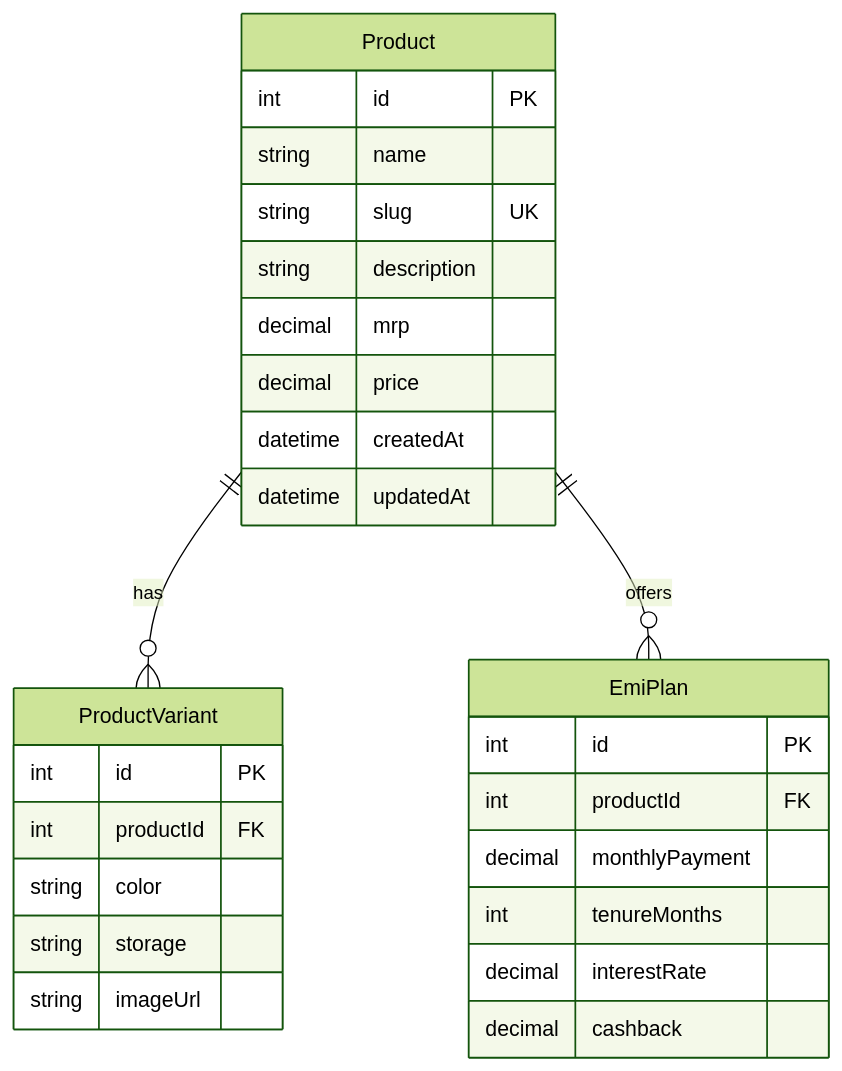
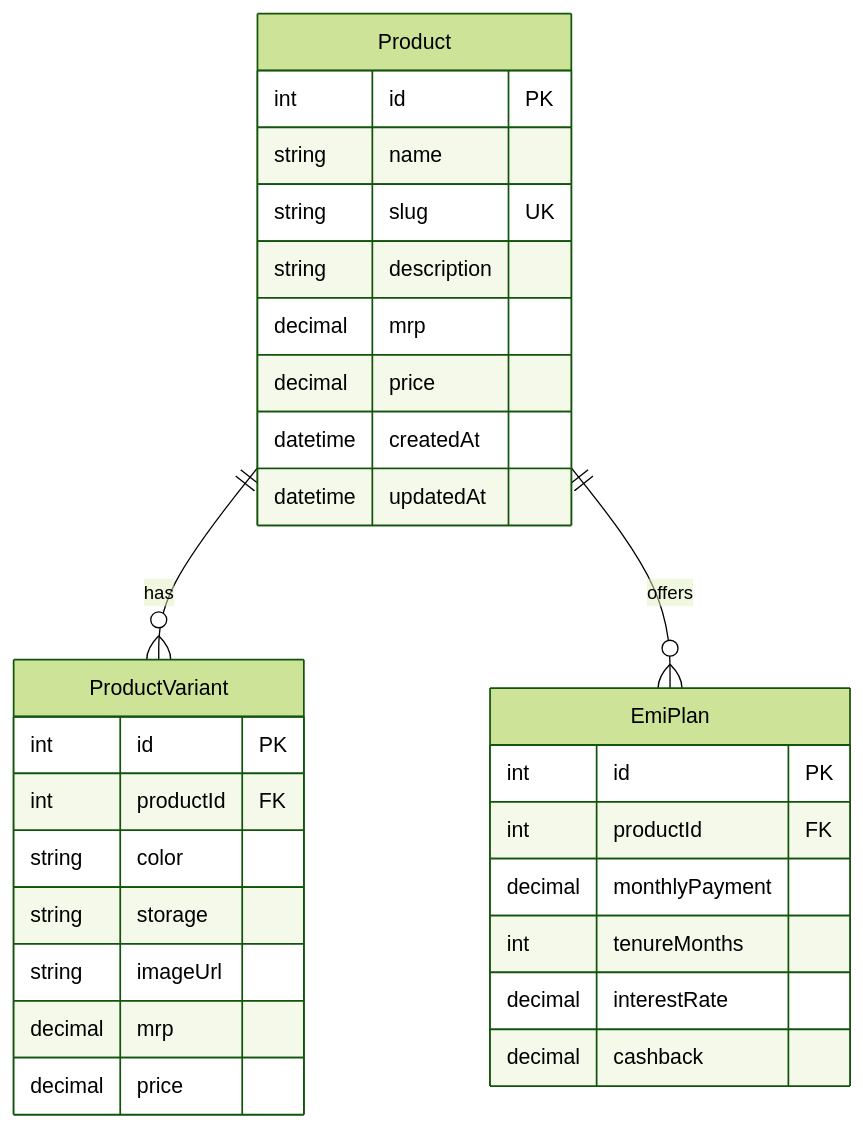
Before and after one commit to Vija047/onefi-card: the second of 2 diagrams in README.md, drawn with Mermaid (forest theme). The commit also changed other lines of this file and 4 other files, not shown here.

````diff
--- a/README.md
+++ b/README.md
@@ -91,31 +91,33 @@
  ```mermaid
  erDiagram
 		 Product ||--o{ ProductVariant : has
 		 Product ||--o{ EmiPlan : offers
 
 		 Product {
 			 int id PK
 			 string name
 			 string slug UK
 			 string description
 			 decimal mrp
 			 decimal price
 			 datetime createdAt
 			 datetime updatedAt
 		 }
 		 ProductVariant {
 			 int id PK
 			 int productId FK
 			 string color
 			 string storage
 			 string imageUrl
+				 decimal mrp
+				 decimal price
 		 }
 		 EmiPlan {
 			 int id PK
 			 int productId FK
 			 decimal monthlyPayment
 			 int tenureMonths
 			 decimal interestRate
 			 decimal cashback
 		 }
  ```
````
